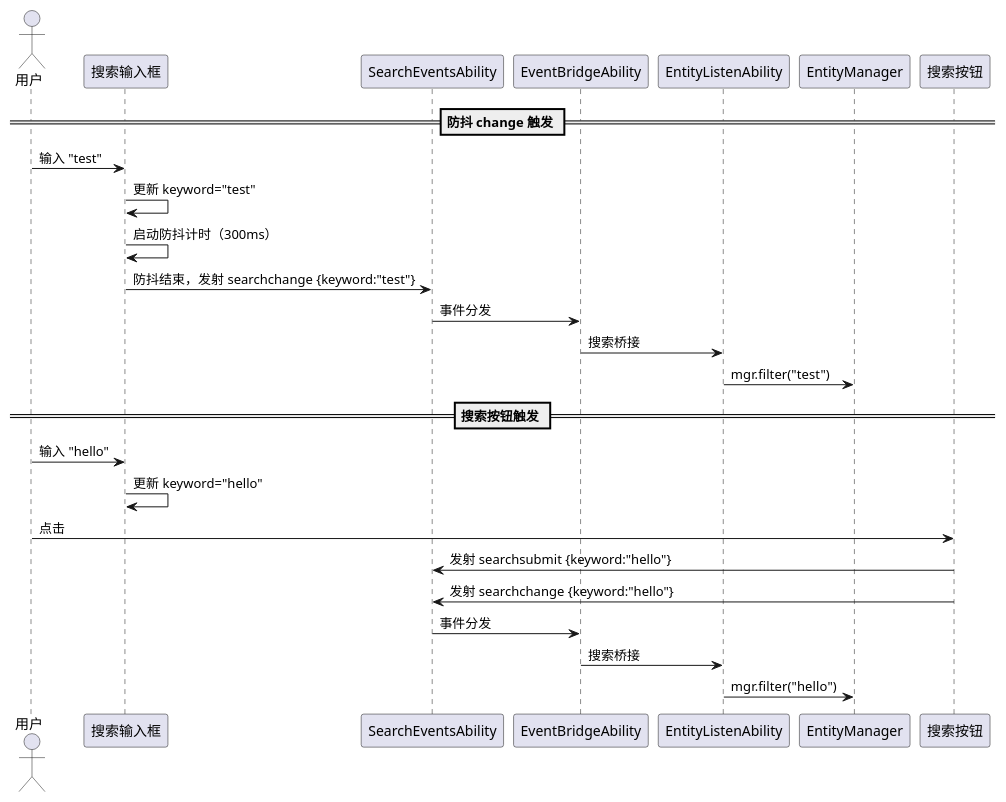
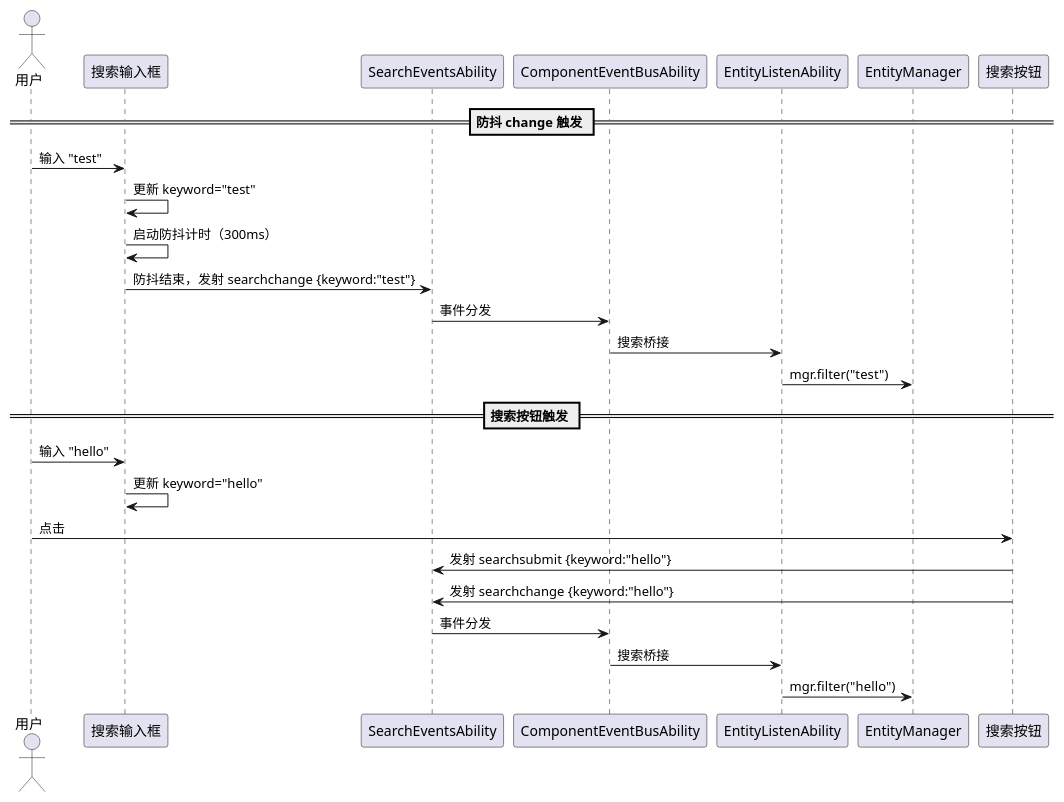
Before and after one commit to tianxiaode/QimenJs: the third of 8 diagrams in docs/sdd/search-ability/spec.md, drawn with PlantUML. The commit also changed other lines of this file and 45 other files, not shown here.

First line of the commit message:
refactor: rename EventBridge to ComponentEventBus and BridgeListen to ComponentListen

````diff
--- a/docs/sdd/search-ability/spec.md
+++ b/docs/sdd/search-ability/spec.md
@@ -214,29 +214,29 @@
 ```plantuml
 @startuml
 actor 用户
 participant "搜索输入框" as Input
 participant "SearchEventsAbility" as Events
-participant "EventBridgeAbility" as Bridge
+participant "ComponentEventBusAbility" as Bridge
 participant "EntityListenAbility" as Listen
 participant "EntityManager" as EM
 
 == 防抖 change 触发 ==
 用户 -> Input : 输入 "test"
 Input -> Input : 更新 keyword="test"
 Input -> Input : 启动防抖计时（300ms）
 Input -> Events : 防抖结束，发射 searchchange {keyword:"test"}
 Events -> Bridge : 事件分发
 Bridge -> Listen : 搜索桥接
 Listen -> EM : mgr.filter("test")
 
 == 搜索按钮触发 ==
 用户 -> Input : 输入 "hello"
 Input -> Input : 更新 keyword="hello"
 用户 -> "搜索按钮" : 点击
 "搜索按钮" -> Events : 发射 searchsubmit {keyword:"hello"}
 "搜索按钮" -> Events : 发射 searchchange {keyword:"hello"}
 Events -> Bridge : 事件分发
 Bridge -> Listen : 搜索桥接
 Listen -> EM : mgr.filter("hello")
 @enduml
 ```
````
